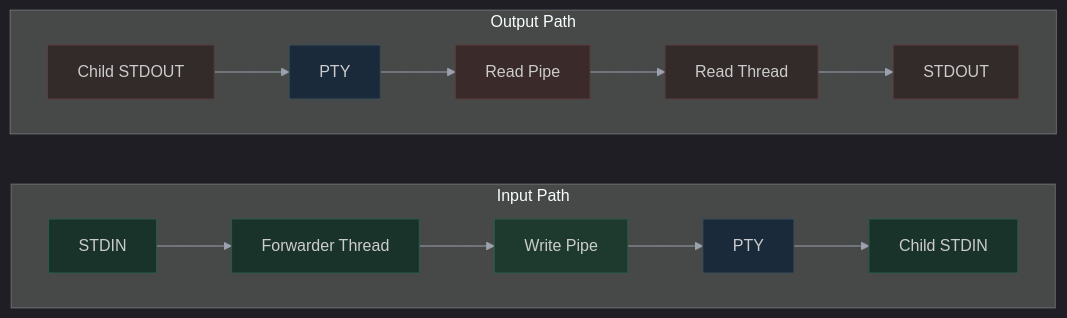
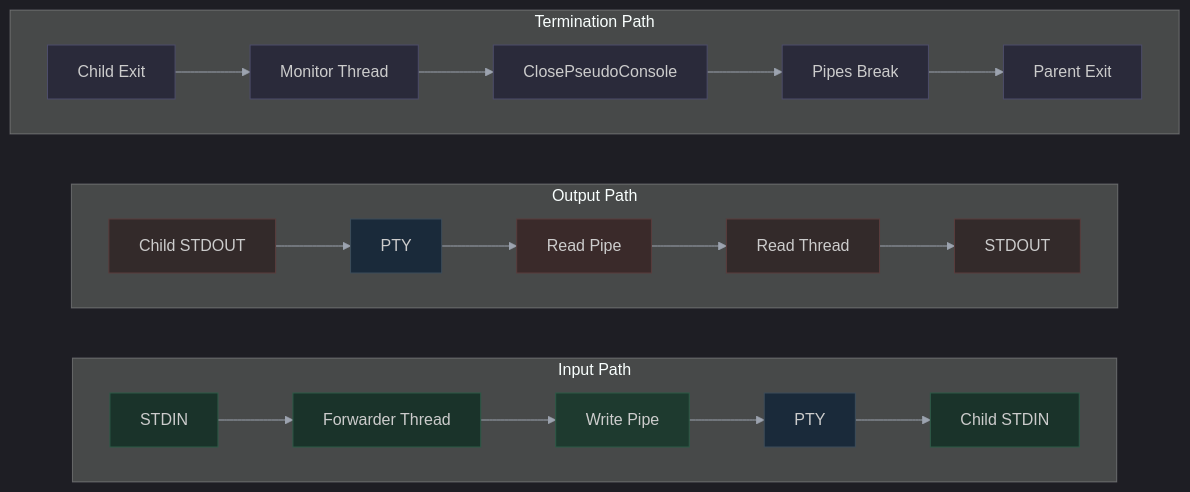
The third of 4 diagrams in README.md (revoconner/Headless-TTY), drawn with Mermaid before and after one commit. The commit also changed other lines of this file and 6 other files, not shown here.

````diff
--- a/README.md
+++ b/README.md
@@ -242,30 +268,43 @@
 ```mermaid
 %%{init: {'theme': 'dark', 'themeVariables': { 'primaryColor': '#1f2937', 'primaryTextColor': '#f3f4f6', 'primaryBorderColor': '#4b5563', 'lineColor': '#9ca3af'}}}%%
 flowchart LR
     subgraph input["Input Path"]
         direction LR
         si["STDIN"] --> fw["Forwarder Thread"]
         fw --> wp["Write Pipe"]
         wp --> pty1["PTY"]
         pty1 --> ci["Child STDIN"]
     end
 
     subgraph output["Output Path"]
         direction LR
         co["Child STDOUT"] --> pty2["PTY"]
         pty2 --> rp["Read Pipe"]
         rp --> rt["Read Thread"]
         rt --> so["STDOUT"]
     end
 
+    subgraph termination["Termination Path"]
+        direction LR
+        ce["Child Exit"] --> mt["Monitor Thread"]
+        mt --> cp["ClosePseudoConsole"]
+        cp --> pb["Pipes Break"]
+        pb --> pe["Parent Exit"]
+    end
+
     style si fill:#1a332a,stroke:#2d5a47
     style fw fill:#1a332a,stroke:#2d5a47
     style wp fill:#1e3a2f,stroke:#2d5a47
     style pty1 fill:#1a2a3a,stroke:#3d4d5a
     style ci fill:#1a332a,stroke:#2d5a47
     style co fill:#332a2a,stroke:#5a3d3d
     style pty2 fill:#1a2a3a,stroke:#3d4d5a
     style rp fill:#3a2a2a,stroke:#5a3d3d
     style rt fill:#332a2a,stroke:#5a3d3d
     style so fill:#332a2a,stroke:#5a3d3d
+    style ce fill:#2a2a3a,stroke:#4d4d6a
+    style mt fill:#2a2a3a,stroke:#4d4d6a
+    style cp fill:#2a2a3a,stroke:#4d4d6a
+    style pb fill:#2a2a3a,stroke:#4d4d6a
+    style pe fill:#2a2a3a,stroke:#4d4d6a
 ```
````
